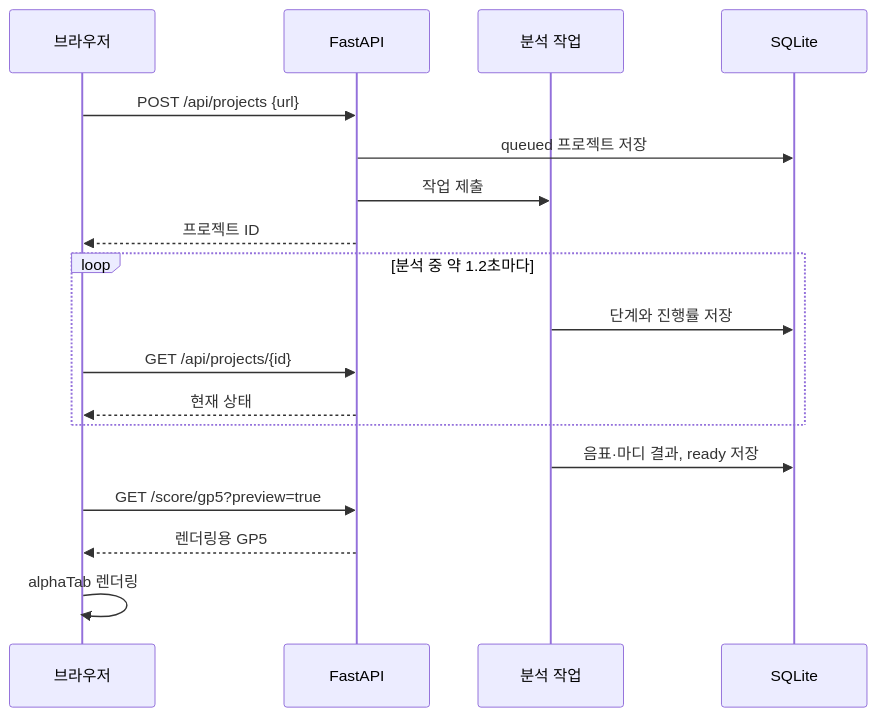
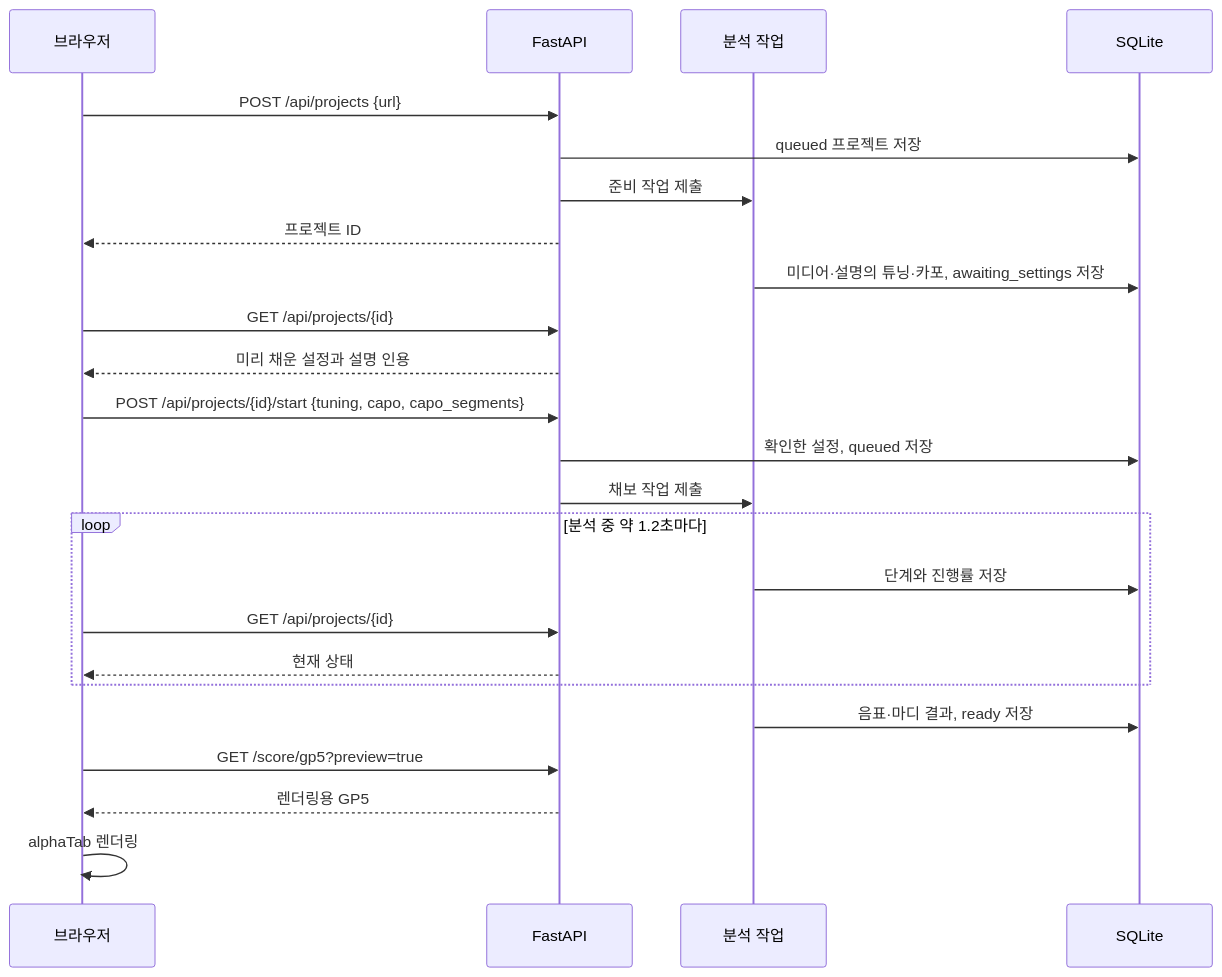
Before and after one commit to hyuunnn/TabSight: the second of 2 diagrams in docs/architecture.md, drawn with Mermaid. The commit also changed other lines of this file and 13 other files, not shown here.

First line of the commit message:
Confirm tuning and capo before transcription

````diff
--- a/docs/architecture.md
+++ b/docs/architecture.md
@@ -42,20 +45,26 @@
 ```mermaid
 sequenceDiagram
     participant B as 브라우저
     participant A as FastAPI
     participant W as 분석 작업
     participant D as SQLite
     B->>A: POST /api/projects {url}
     A->>D: queued 프로젝트 저장
-    A->>W: 작업 제출
+    A->>W: 준비 작업 제출
     A-->>B: 프로젝트 ID
+    W->>D: 미디어·설명의 튜닝·카포, awaiting_settings 저장
+    B->>A: GET /api/projects/{id}
+    A-->>B: 미리 채운 설정과 설명 인용
+    B->>A: POST /api/projects/{id}/start {tuning, capo, capo_segments}
+    A->>D: 확인한 설정, queued 저장
+    A->>W: 채보 작업 제출
     loop 분석 중 약 1.2초마다
         W->>D: 단계와 진행률 저장
         B->>A: GET /api/projects/{id}
         A-->>B: 현재 상태
     end
     W->>D: 음표·마디 결과, ready 저장
     B->>A: GET /score/gp5?preview=true
     A-->>B: 렌더링용 GP5
     B->>B: alphaTab 렌더링
 ```
````
